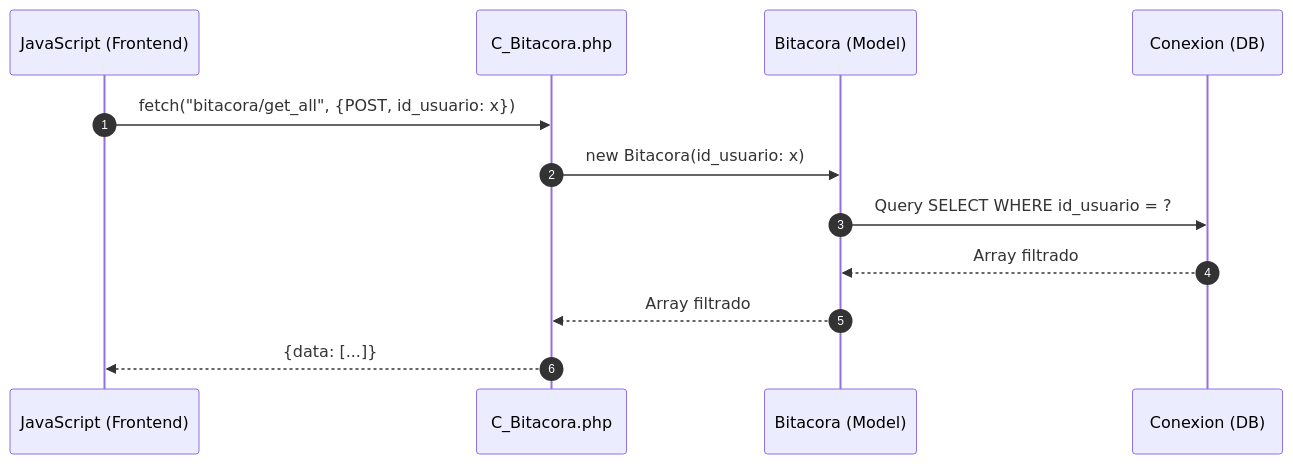
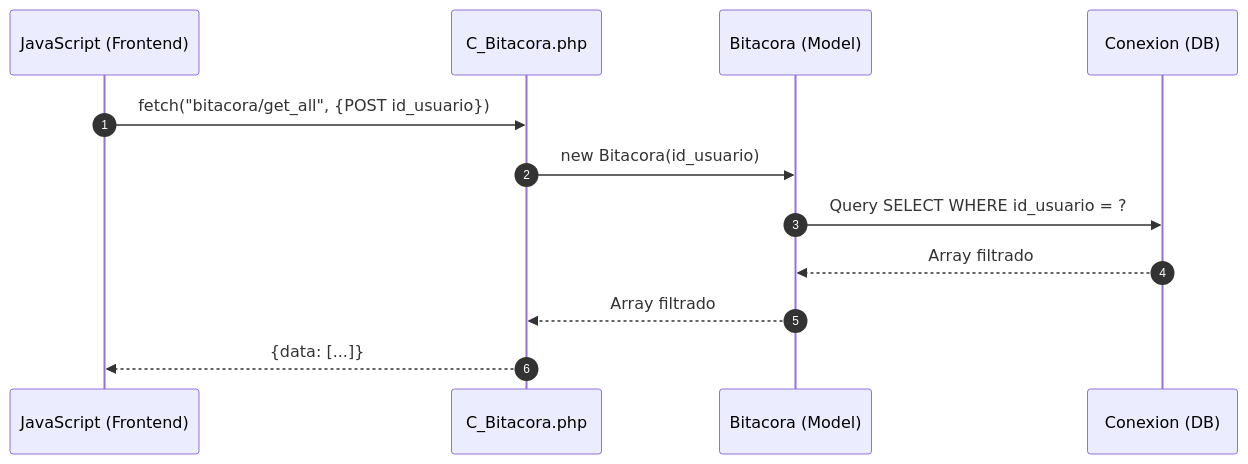
Before and after one commit to Tecrato/BurgerHouse: the third of 4 diagrams in docs/secuencia/bitacora/bitacora.md, drawn with Mermaid. The commit also changed other lines of this file and 13 other files, not shown here.

Commit message:
diagramas de secuencia

````diff
--- a/docs/secuencia/bitacora/bitacora.md
+++ b/docs/secuencia/bitacora/bitacora.md
@@ -57,17 +51,17 @@
 ```mermaid
 sequenceDiagram
     autonumber
     participant JS as JavaScript (Frontend)
     participant C_Bitacora as C_Bitacora.php
     participant Bitacora as Bitacora (Model)
     participant DB as Conexion (DB)
     
-    JS->>C_Bitacora: fetch("bitacora/get_all", {POST, id_usuario: x})
+    JS->>C_Bitacora: fetch("bitacora/get_all", {POST id_usuario})
     
-    C_Bitacora->>Bitacora: new Bitacora(id_usuario: x)
+    C_Bitacora->>Bitacora: new Bitacora(id_usuario)
     Bitacora->>DB: Query SELECT WHERE id_usuario = ?
     DB-->>Bitacora: Array filtrado
     Bitacora-->>C_Bitacora: Array filtrado
     
     C_Bitacora-->>JS: {data: [...]}
 ```
````
